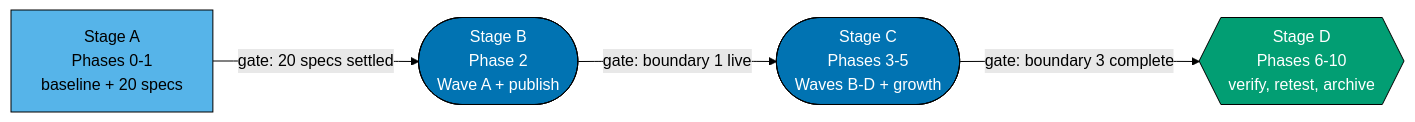
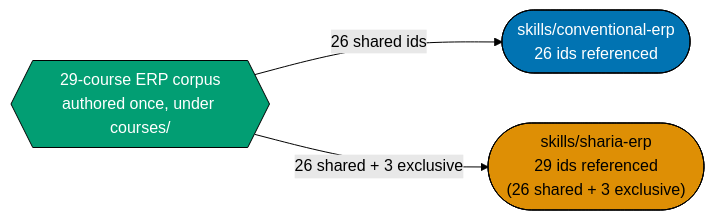
The diagram in plans/backlog/ayokoding-learning-path-07-skills-erp/README.md (wahidyankf/baseerah), drawn with Mermaid (forest theme) before and after one commit. The commit also changed other lines of this file and 36 other files, not shown here.

First line of the commit message:
docs(plans): rewrite the ERP plan into two paths at build-founding depth

````diff
--- a/plans/backlog/ayokoding-learning-path-07-skills-erp/README.md
+++ b/plans/backlog/ayokoding-learning-path-07-skills-erp/README.md
@@ -239,18 +17,15 @@
 ```mermaid
-%% Delivery stages. Each edge is the gate that closes the preceding stage.
-%% Node SHAPE encodes kind: rectangle = setup/design, stadium = authoring+growth,
-%% hexagon = terminal/archival. Colours are redundant with shape.
+%% Both paths over one corpus. Shape encodes role: hexagon = corpus (course bodies, authored once),
+%% stadium = manifest (an ordered reference list, never a copy).
 flowchart LR
-    S0["Stage A<br/>Phases 0-1<br/>baseline + 20 specs"]:::setup
-    S1(["Stage B<br/>Phase 2<br/>Wave A + publish"]):::author
-    S2(["Stage C<br/>Phases 3-5<br/>Waves B-D + growth"]):::author
-    S3{{"Stage D<br/>Phases 6-10<br/>verify, retest, archive"}}:::archive
+    CORPUS{{"29-course ERP corpus<br/>authored once, under courses/"}}:::corpus
+    CONV(["skills/conventional-erp<br/>26 ids referenced"]):::conv
+    SHAR(["skills/sharia-erp<br/>29 ids referenced<br/>(26 shared + 3 exclusive)"]):::shar
 
-    S0 -->|"gate: 20 specs settled"| S1
-    S1 -->|"gate: boundary 1 live"| S2
-    S2 -->|"gate: boundary 3 complete"| S3
+    CORPUS -->|"26 shared ids"| CONV
+    CORPUS -->|"26 shared + 3 exclusive"| SHAR
 
-    classDef setup fill:#56B4E9,stroke:#000000,color:#000000
-    classDef author fill:#0173B2,stroke:#000000,color:#FFFFFF
-    classDef archive fill:#029E73,stroke:#000000,color:#FFFFFF
+    classDef corpus fill:#029E73,stroke:#000000,color:#FFFFFF
+    classDef conv fill:#0173B2,stroke:#000000,color:#FFFFFF
+    classDef shar fill:#DE8F05,stroke:#000000,color:#000000
 ```
````
